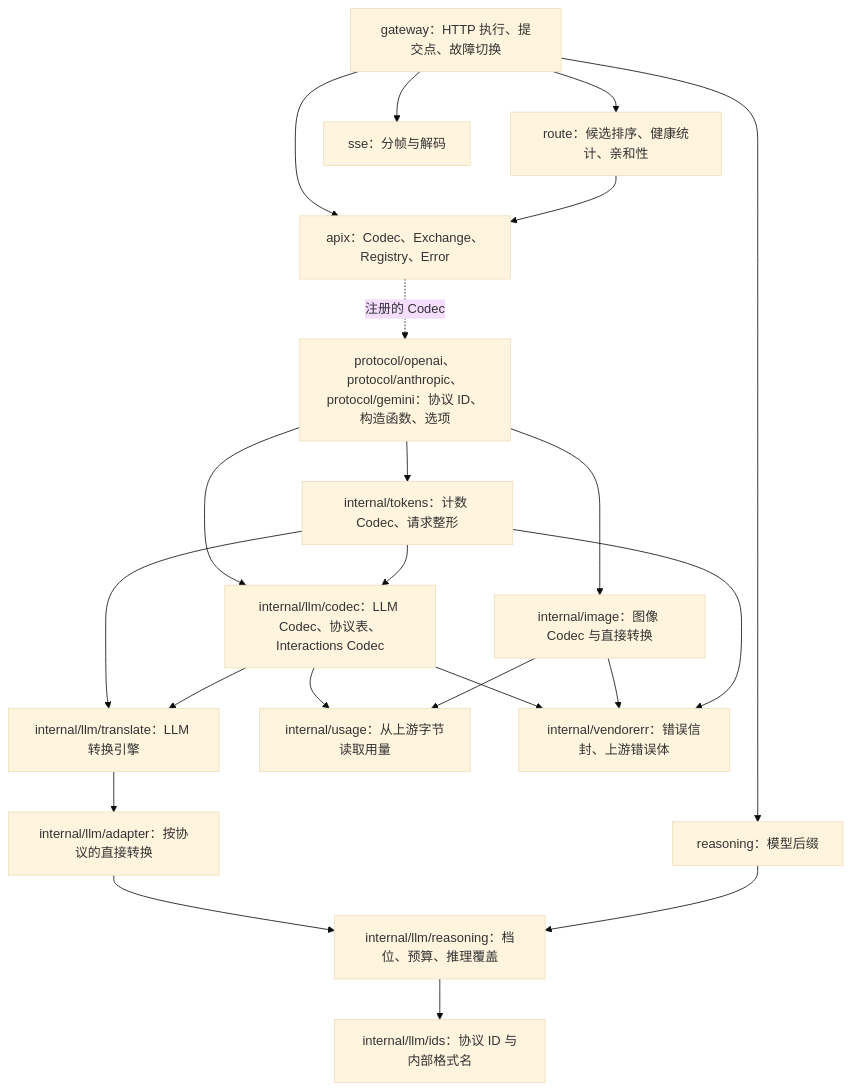
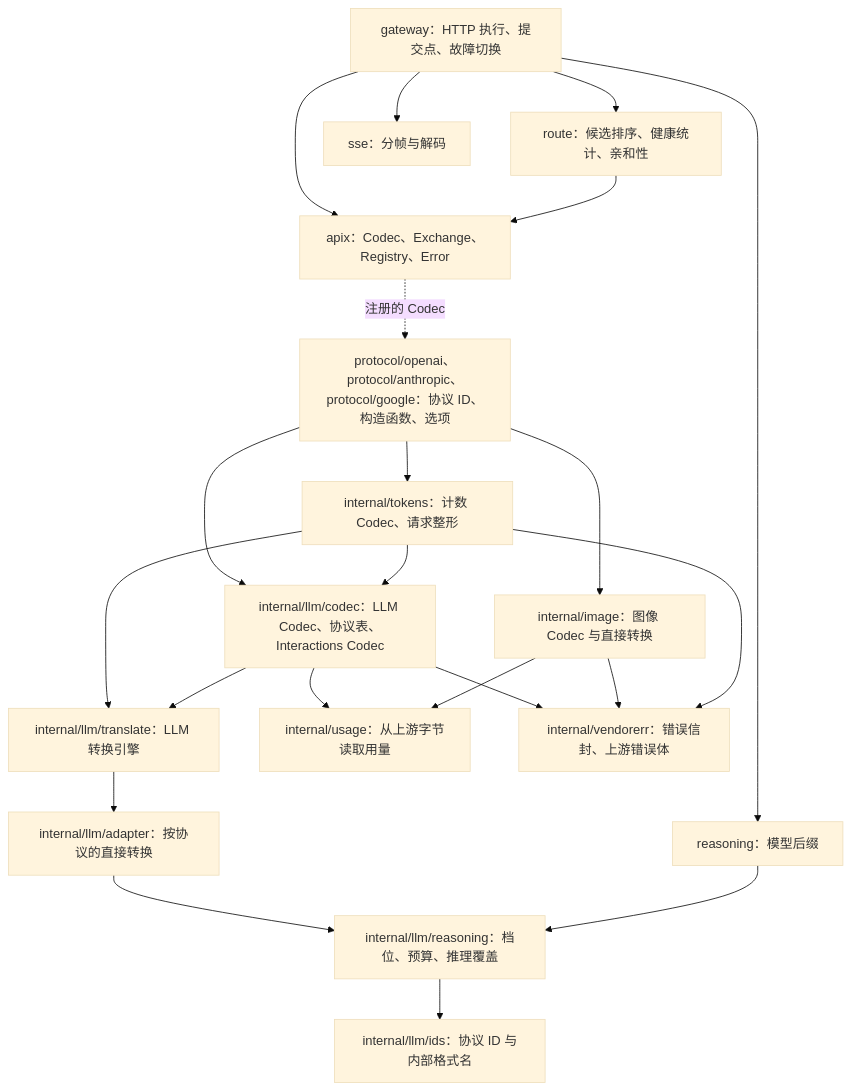
Before and after one commit to dillonzq/apix: the diagram in docs/architecture.zh-CN.md, drawn with Mermaid (base theme). The commit also changed other lines of this file and 97 other files, not shown here.

First line of the commit message:
refactor!: rename the gemini vendor namespace to google (#9)

````diff
--- a/docs/architecture.zh-CN.md
+++ b/docs/architecture.zh-CN.md
@@ -7,24 +7,24 @@
 ```mermaid
 flowchart TD
     GW[gateway：HTTP 执行、提交点、故障切换] --> RT[route：候选排序、健康统计、亲和性]
     GW --> RP[reasoning：模型后缀]
     GW --> SSE[sse：分帧与解码]
     GW --> REG[apix：Codec、Exchange、Registry、Error]
     RT --> REG
-    REG -. 注册的 Codec .-> VENDOR[protocol/openai、protocol/anthropic、protocol/gemini：协议 ID、构造函数、选项]
+    REG -. 注册的 Codec .-> VENDOR[protocol/openai、protocol/anthropic、protocol/google：协议 ID、构造函数、选项]
     VENDOR --> CODEC[internal/llm/codec：LLM Codec、协议表、Interactions Codec]
     VENDOR --> IMAGE[internal/image：图像 Codec 与直接转换]
     VENDOR --> TOKENS[internal/tokens：计数 Codec、请求整形]
     TOKENS --> CODEC
     TOKENS --> ENGINE
     CODEC --> ENGINE[internal/llm/translate：LLM 转换引擎]
     ENGINE --> ADAPTERS[internal/llm/adapter：按协议的直接转换]
     ADAPTERS --> RS[internal/llm/reasoning：档位、预算、推理覆盖]
     RP --> RS
     RS --> IDS[internal/llm/ids：协议 ID 与内部格式名]
     CODEC --> USAGE[internal/usage：从上游字节读取用量]
     IMAGE --> USAGE
     CODEC --> VE[internal/vendorerr：错误信封、上游错误体]
     IMAGE --> VE
     TOKENS --> VE
 ```
````
